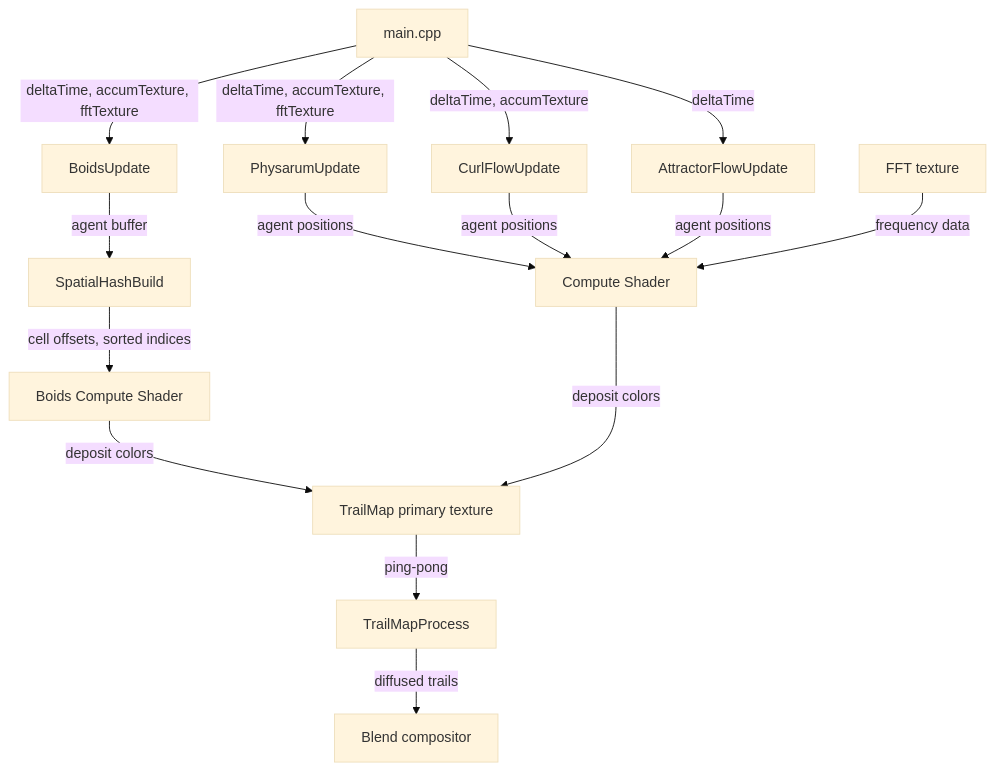
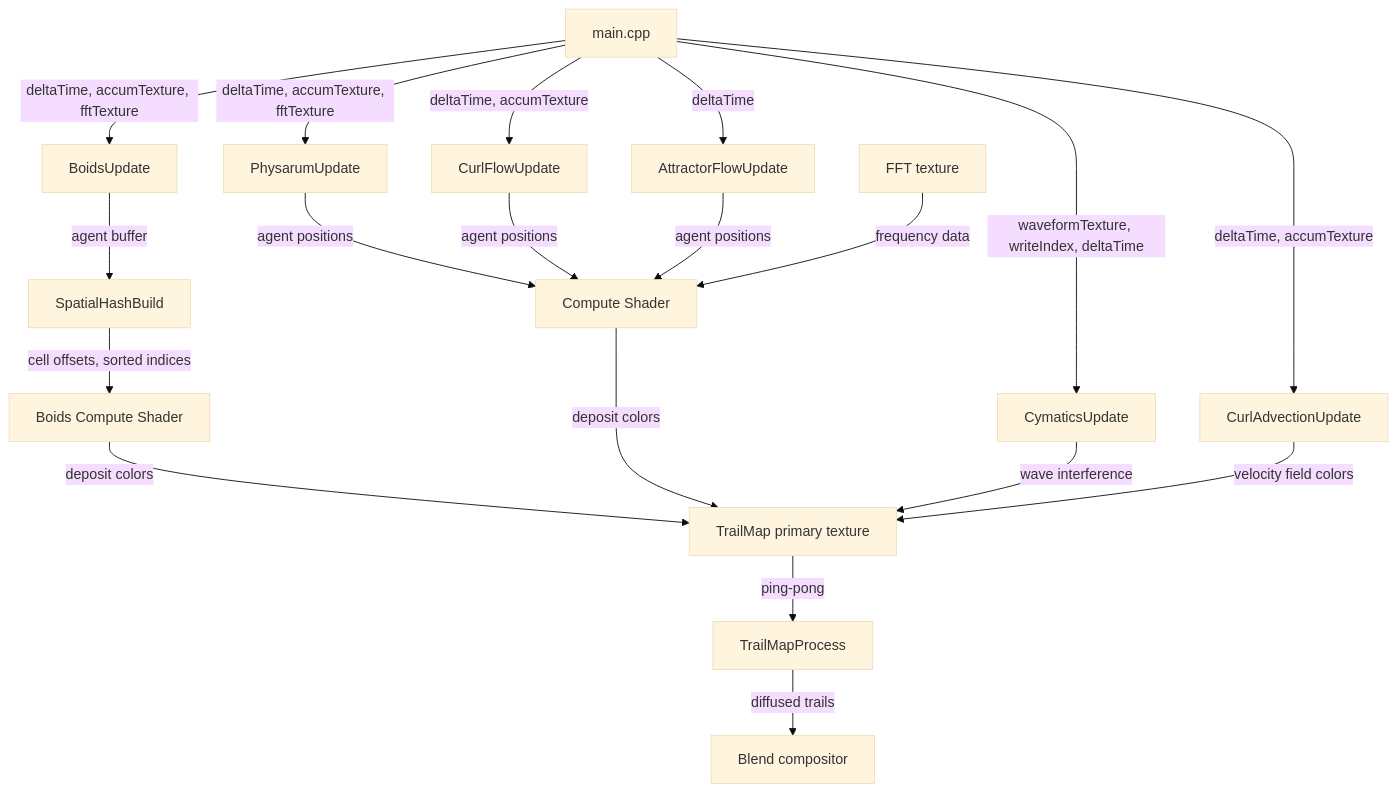
One commit to EvanLavender13/audio-jones changed the diagram in docs/modules/simulation.md. Above: the diagram before and after it, drawn with Mermaid (base theme). The commit also changed other lines of this file and 7 other files, not shown here.

First line of the commit message:
Sync architecture documentation with codebase

````diff
--- a/docs/modules/simulation.md
+++ b/docs/modules/simulation.md
@@ -17,17 +19,21 @@
 ```mermaid
 graph TD
     A[main.cpp] -->|deltaTime, accumTexture, fftTexture| B[PhysarumUpdate]
     A -->|deltaTime, accumTexture| C[CurlFlowUpdate]
     A -->|deltaTime| D[AttractorFlowUpdate]
     A -->|deltaTime, accumTexture, fftTexture| E[BoidsUpdate]
+    A -->|waveformTexture, writeIndex, deltaTime| M[CymaticsUpdate]
+    A -->|deltaTime, accumTexture| N[CurlAdvectionUpdate]
     B -->|agent positions| F[Compute Shader]
     C -->|agent positions| F
     D -->|agent positions| F
     E -->|agent buffer| G[SpatialHashBuild]
     G -->|cell offsets, sorted indices| H[Boids Compute Shader]
     H -->|deposit colors| I[TrailMap primary texture]
     F -->|deposit colors| I
+    M -->|wave interference| I
+    N -->|velocity field colors| I
     I -->|ping-pong| J[TrailMapProcess]
     J -->|diffused trails| K[Blend compositor]
     L[FFT texture] -->|frequency data| F
 ```
````
